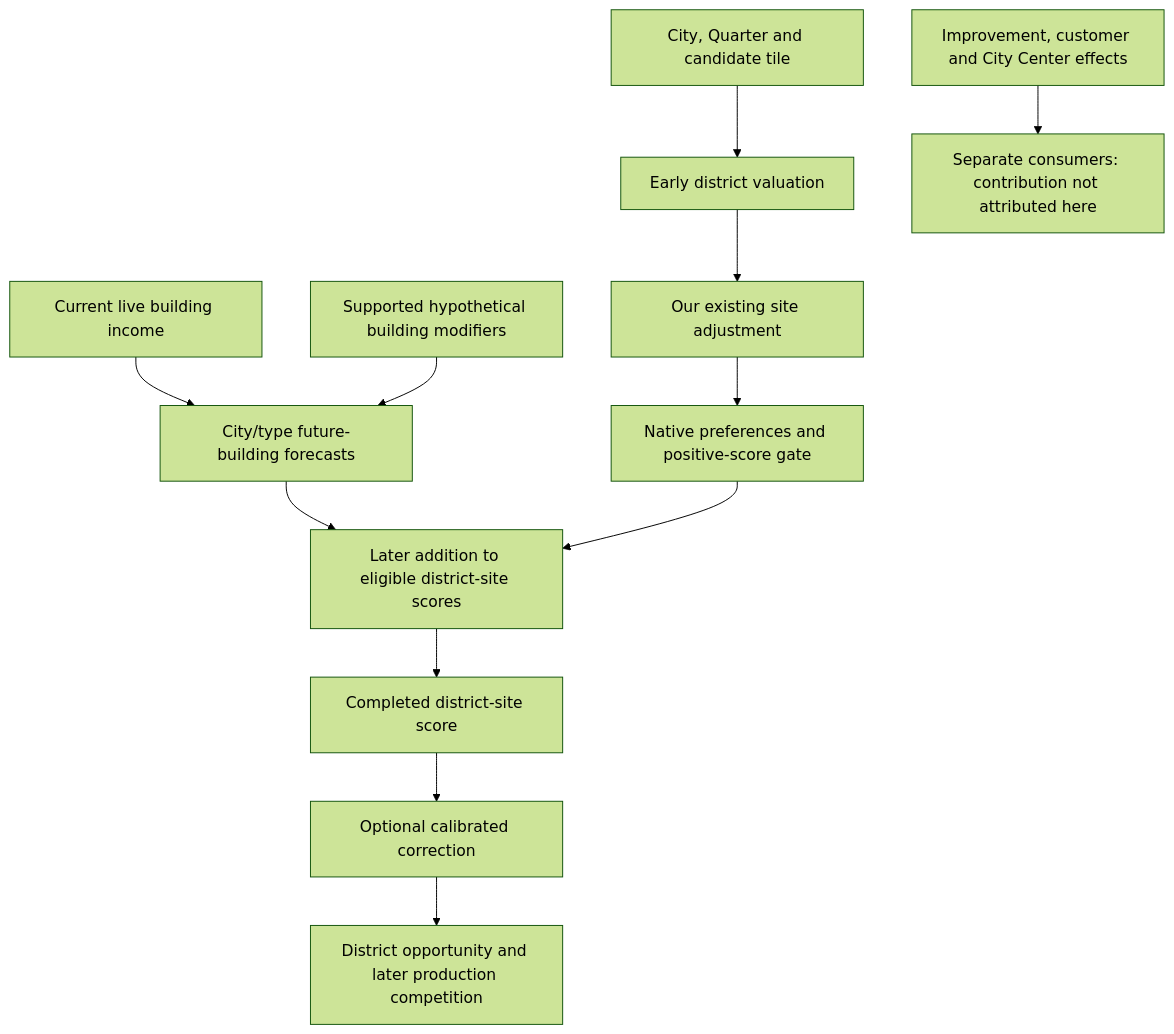
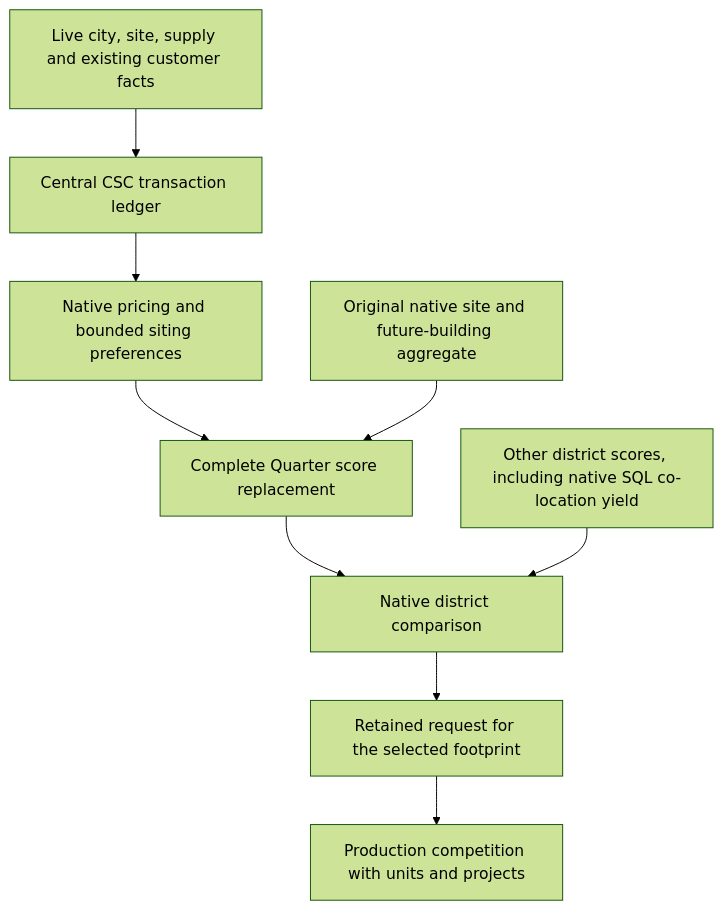
The diagram in project/docs/civ6-ai/topics/csc/forecast-coverage.md (hennogous/Henno-Mods), drawn with Mermaid (forest theme) before and after one commit. The commit also changed other lines of this file and 9 other files, not shown here.

Commit message:
Record completed Astra investigations and matched Online250 improvement

````diff
--- a/project/docs/civ6-ai/topics/csc/forecast-coverage.md
+++ b/project/docs/civ6-ai/topics/csc/forecast-coverage.md
@@ -27,14 +41,11 @@
 ```mermaid
 flowchart TD
-  S["City, Quarter and candidate tile"] --> E["Early district valuation"]
-  E --> H["Our existing site adjustment"]
-  H --> G["Native preferences and positive-score gate"]
-  B["City/type future-building forecasts"] --> A["Later addition to eligible district-site scores"]
-  G --> A
-  I["Current live building income"] --> B
-  M["Supported hypothetical building modifiers"] --> B
-  C["Improvement, customer and City Center effects"] --> X["Separate consumers: contribution not attributed here"]
-  A --> F["Completed district-site score"]
-  F --> L["Optional calibrated correction"]
-  L --> W["District opportunity and later production competition"]
+  S["Live city, site, supply and existing customer facts"] --> M["Central CSC transaction ledger"]
+  M --> P["Native pricing and bounded siting preferences"]
+  P --> L["Complete Quarter score replacement"]
+  N["Original native site and future-building aggregate"] --> L
+  L --> W["Native district comparison"]
+  O["Other district scores, including native SQL co-location yield"] --> W
+  W --> R["Retained request for the selected footprint"]
+  R --> Q["Production competition with units and projects"]
 ```
````
